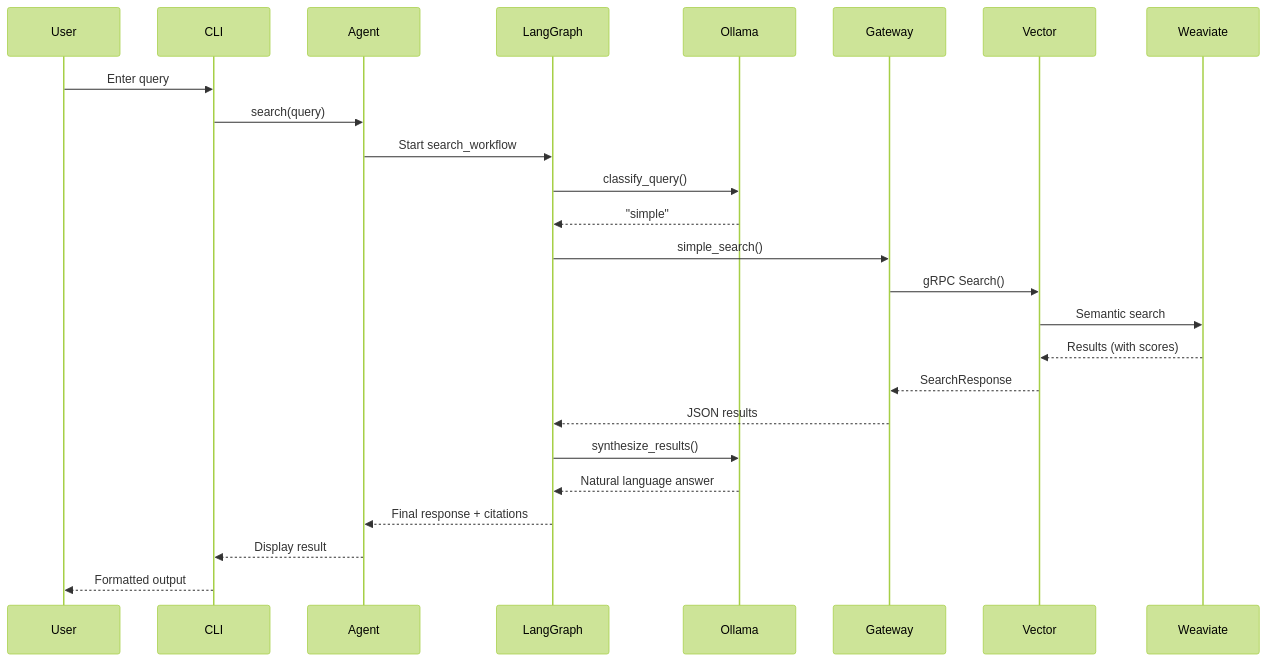
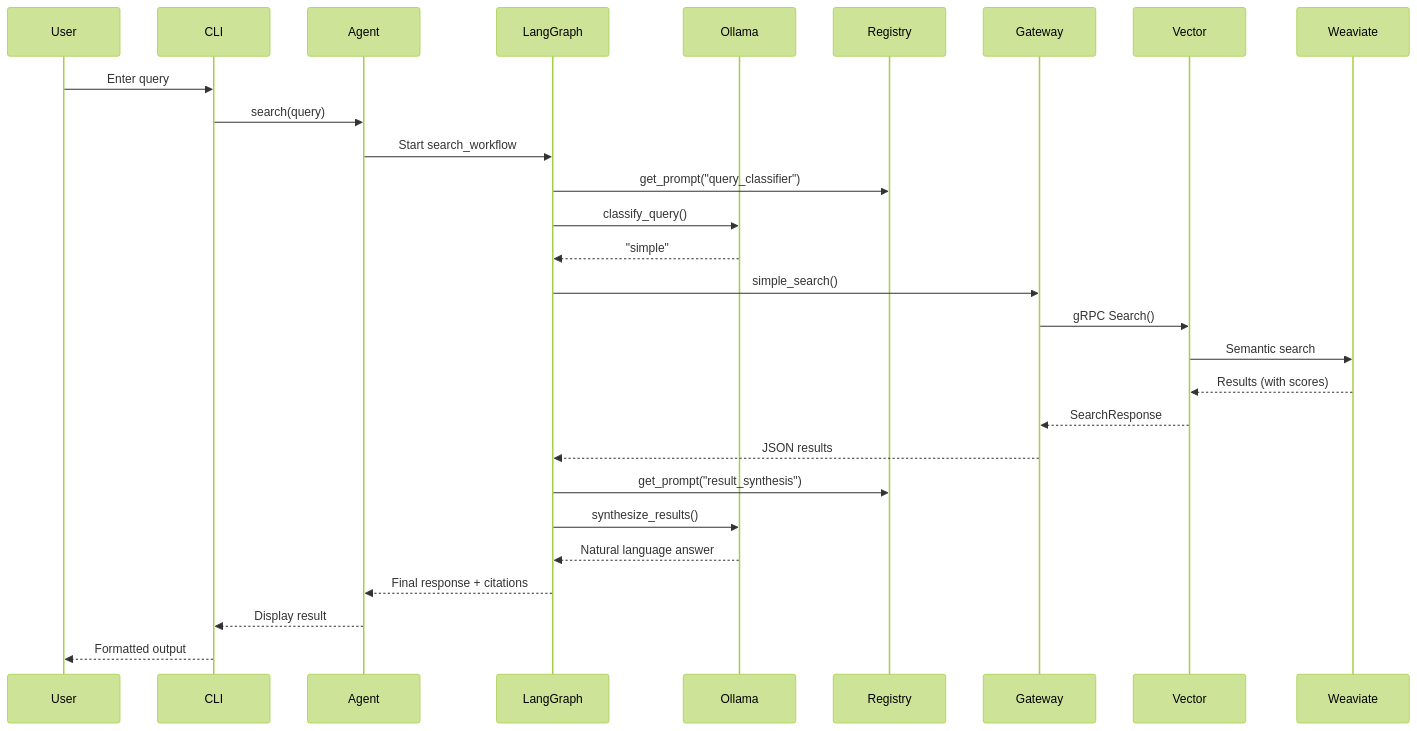
One commit to JessKelly91/IntraMind changed the third of 6 diagrams in docs/ARCHITECTURE.md. Above: the diagram before and after it, drawn with Mermaid (forest theme). The commit also changed other lines of this file and 9 other files, not shown here.

````diff
--- a/docs/ARCHITECTURE.md
+++ b/docs/ARCHITECTURE.md
@@ -192,31 +240,34 @@
 ```mermaid
 sequenceDiagram
     participant User
     participant CLI
     participant Agent
     participant LangGraph
     participant Ollama
+    participant Registry
     participant Gateway
     participant Vector
     participant Weaviate
     
     User->>CLI: Enter query
     CLI->>Agent: search(query)
     Agent->>LangGraph: Start search_workflow
     
+    LangGraph->>Registry: get_prompt("query_classifier")
     LangGraph->>Ollama: classify_query()
     Ollama-->>LangGraph: "simple"
     
     LangGraph->>Gateway: simple_search()
     Gateway->>Vector: gRPC Search()
     Vector->>Weaviate: Semantic search
     Weaviate-->>Vector: Results (with scores)
     Vector-->>Gateway: SearchResponse
     Gateway-->>LangGraph: JSON results
     
+    LangGraph->>Registry: get_prompt("result_synthesis")
     LangGraph->>Ollama: synthesize_results()
     Ollama-->>LangGraph: Natural language answer
     LangGraph-->>Agent: Final response + citations
     Agent-->>CLI: Display result
     CLI-->>User: Formatted output
 ```
````
